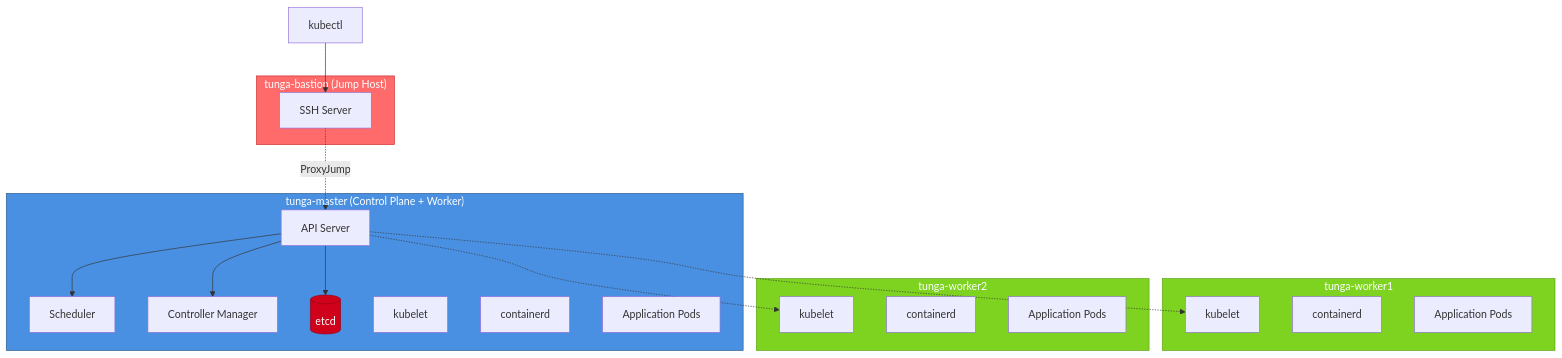
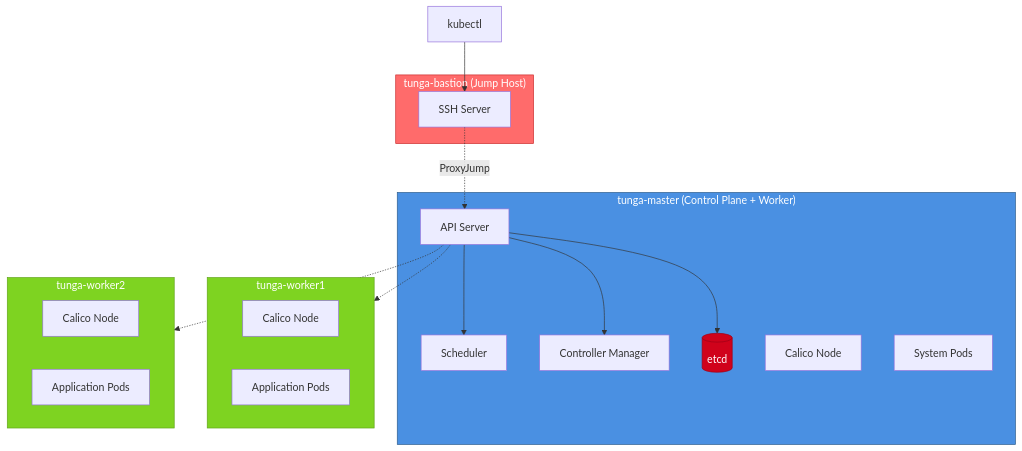
One commit to mesuttunga/Infra-Lab changed the second of 3 diagrams in docs/architecture.md. Above: the diagram before and after it, drawn with Mermaid. The commit also changed other lines of this file and 5 other files, not shown here.

````diff
--- a/docs/architecture.md
+++ b/docs/architecture.md
@@ -118,42 +119,39 @@
 ```mermaid
 graph TB
     subgraph Bastion["tunga-bastion (Jump Host)"]
         SSH[SSH Server]
     end
-    
+
     subgraph Master["tunga-master (Control Plane + Worker)"]
         API[API Server]
         SCHED[Scheduler]
         CTRL[Controller Manager]
         ETCD[(etcd)]
-        KUBELET_M[kubelet]
-        DOCKER_M[containerd]
-        PODS_M[Application Pods]
+        CALICO_M[Calico Node]
+        PODS_M[System Pods]
     end
-    
+
     subgraph W1["tunga-worker1"]
-        KUBELET_W1[kubelet]
-        DOCKER_W1[containerd]
+        CALICO_W1[Calico Node]
         PODS_W1[Application Pods]
     end
-    
+
     subgraph W2["tunga-worker2"]
-        KUBELET_W2[kubelet]
-        DOCKER_W2[containerd]
+        CALICO_W2[Calico Node]
         PODS_W2[Application Pods]
     end
-    
+
     KUBECTL[kubectl] --> SSH
     SSH -.->|ProxyJump| API
     API --> SCHED
     API --> CTRL
     API --> ETCD
-    API -.-> KUBELET_W1
-    API -.-> KUBELET_W2
-    
+    API -.-> W1
+    API -.-> W2
+
     style Bastion fill:#ff6b6b,stroke:#c92a2a,color:#fff
     style Master fill:#4a90e2,stroke:#2e5c8a,color:#fff
     style W1 fill:#7ed321,stroke:#5fa319,color:#fff
     style W2 fill:#7ed321,stroke:#5fa319,color:#fff
     style ETCD fill:#d0021b,stroke:#9b0116,color:#fff
 ```
````
